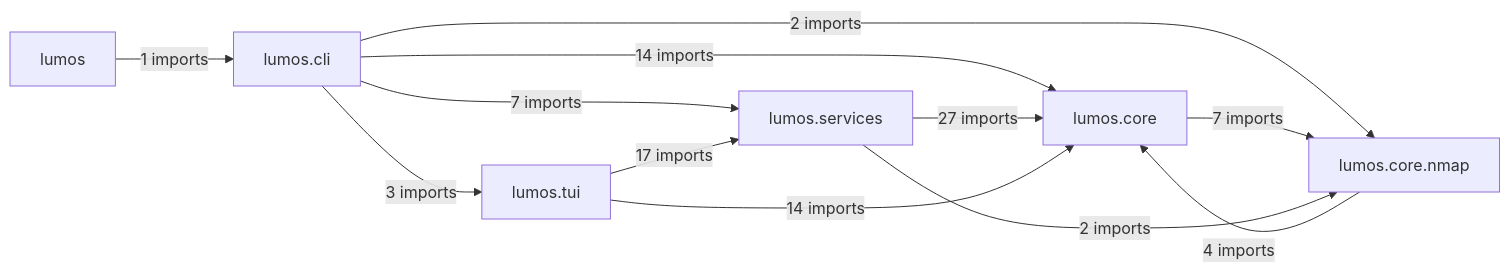
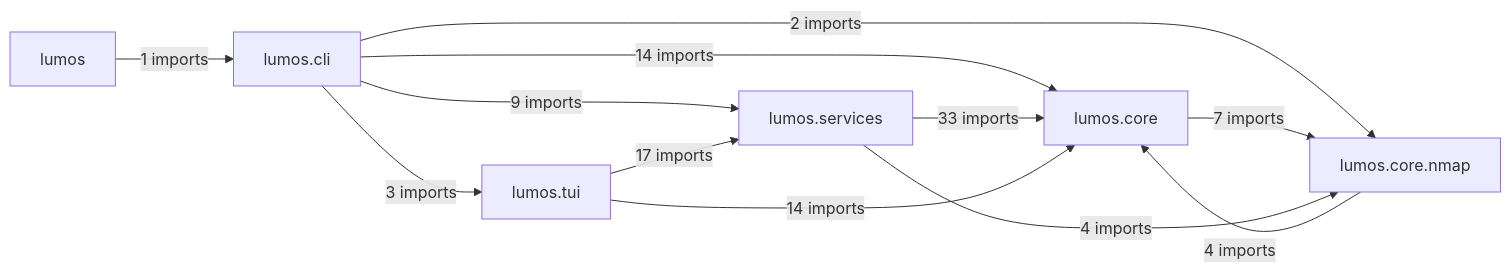
One commit to lko47/lumos changed the diagram in docs/architecture/modules.md. Above: the diagram before and after it, drawn with Mermaid. The commit also changed other lines of this file and 6 other files, not shown here.

````diff
--- a/docs/architecture/modules.md
+++ b/docs/architecture/modules.md
@@ -7,20 +7,20 @@
 ```mermaid
 flowchart LR
     P0["lumos"]
     P1["lumos.cli"]
     P2["lumos.core"]
     P3["lumos.core.nmap"]
     P4["lumos.services"]
     P5["lumos.tui"]
     P0 -->|"1 imports"| P1
     P1 -->|"14 imports"| P2
     P1 -->|"2 imports"| P3
-    P1 -->|"7 imports"| P4
+    P1 -->|"9 imports"| P4
     P1 -->|"3 imports"| P5
     P2 -->|"7 imports"| P3
     P3 -->|"4 imports"| P2
-    P4 -->|"27 imports"| P2
-    P4 -->|"2 imports"| P3
+    P4 -->|"33 imports"| P2
+    P4 -->|"4 imports"| P3
     P5 -->|"14 imports"| P2
     P5 -->|"17 imports"| P4
 ```
````
